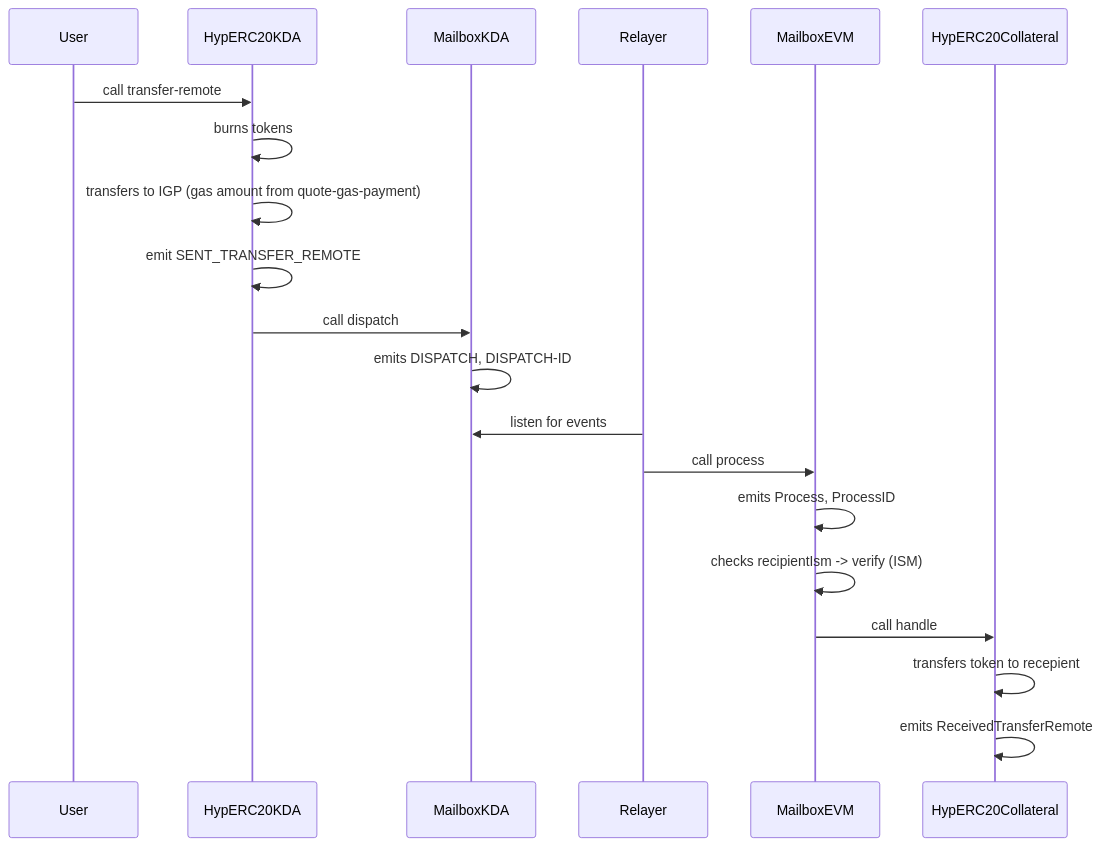
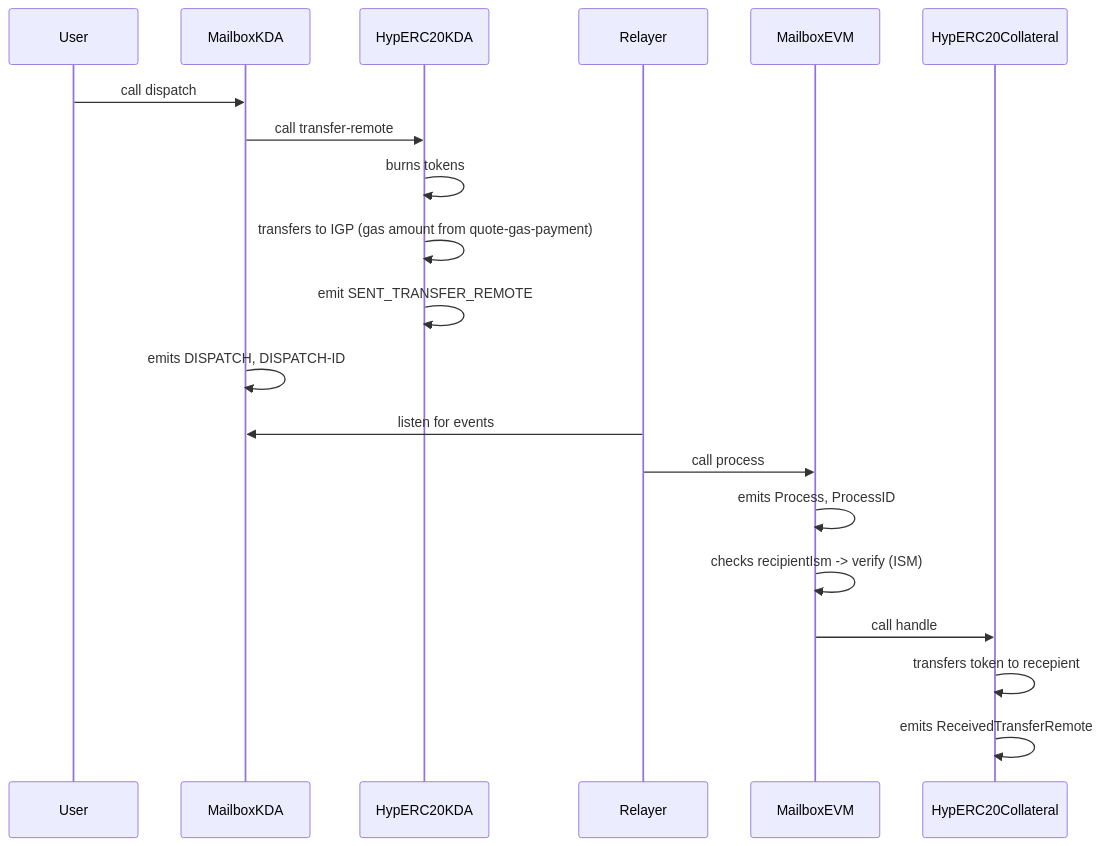
One commit to RastkoDev/smart-contracts changed the seventh of 8 diagrams in docs/bridge-flow.md. Above: the diagram before and after it, drawn with Mermaid. The commit also changed other lines of this file, not shown here.

````diff
--- a/docs/bridge-flow.md
+++ b/docs/bridge-flow.md
@@ -174,24 +175,24 @@
 ```mermaid
 sequenceDiagram
     participant User
+    participant MailboxKDA as MailboxKDA
     participant HypERC20KDA as HypERC20KDA
-    participant MailboxKDA as MailboxKDA
     participant Relayer
     participant MailboxETH as MailboxEVM
     participant HypERC20ETH as HypERC20Collateral
 
-    User->>HypERC20KDA: call transfer-remote
+    User->>MailboxKDA: call dispatch
+    MailboxKDA->>HypERC20KDA: call transfer-remote
     HypERC20KDA->>HypERC20KDA: burns tokens
     HypERC20KDA->>HypERC20KDA: transfers to IGP (gas amount from quote-gas-payment)
     HypERC20KDA->>HypERC20KDA: emit SENT_TRANSFER_REMOTE
 
-    HypERC20KDA->>MailboxKDA: call dispatch
     MailboxKDA->>MailboxKDA: emits DISPATCH, DISPATCH-ID
     Relayer->>MailboxKDA: listen for events
     Relayer->>MailboxETH: call process
     MailboxETH->>MailboxETH: emits Process, ProcessID
     MailboxETH->>MailboxETH: checks recipientIsm -> verify (ISM)
     MailboxETH->>HypERC20ETH: call handle
     HypERC20ETH->>HypERC20ETH: transfers token to recepient
     HypERC20ETH->>HypERC20ETH: emits ReceivedTransferRemote
 ```
````
